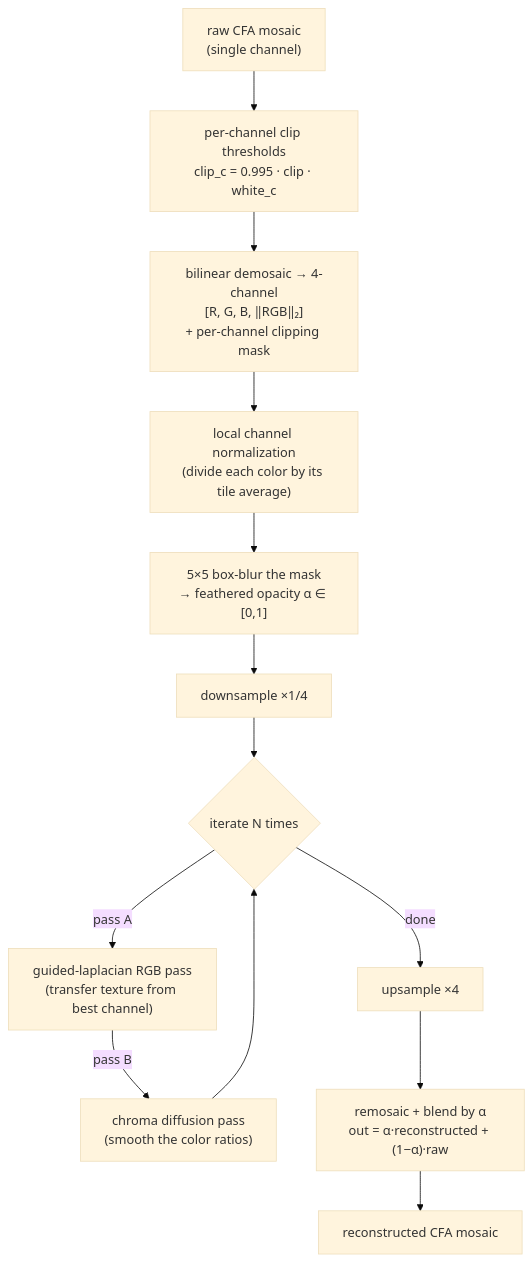
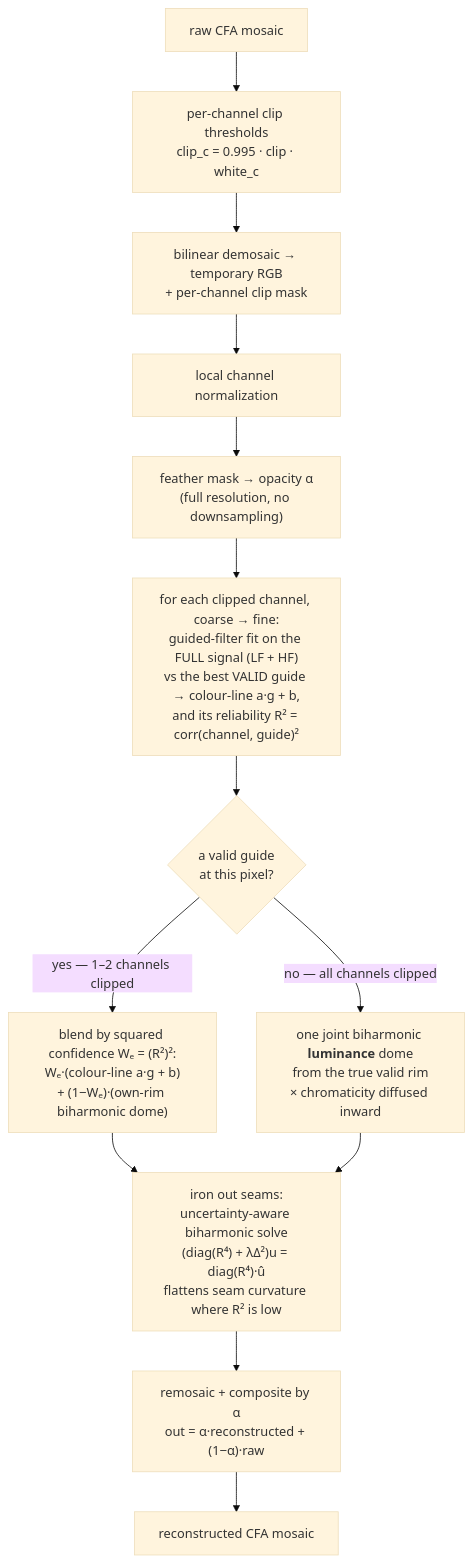
The diagram in content/resources/guided-laplacian-highlights/index.md (aurelienpierreeng/ansel-website), drawn with Mermaid (base theme) before and after one commit. The commit also changed other lines of this file and 8 other files, not shown here.

Commit message:
Publish  first version of guided laplacian article

````diff
--- a/content/resources/guided-laplacian-highlights/index.md
+++ b/content/resources/guided-laplacian-highlights/index.md
@@ -243,15 +284,15 @@
 ```mermaid
 flowchart TD
-  A["raw CFA mosaic<br/>(single channel)"] --> B["per-channel clip thresholds<br/>clip_c = 0.995 · clip · white_c"]
-  B --> C["bilinear demosaic → 4-channel<br/>[R, G, B, ‖RGB‖₂]<br/>+ per-channel clipping mask"]
-  C --> D["local channel normalization<br/>(divide each color by its tile average)"]
-  D --> E["5×5 box-blur the mask<br/>→ feathered opacity α ∈ [0,1]"]
-  E --> F["downsample ×1/4"]
-  F --> G{"iterate N times"}
-  G -->|"pass A"| H["guided-laplacian RGB pass<br/>(transfer texture from best channel)"]
-  H -->|"pass B"| I["chroma diffusion pass<br/>(smooth the color ratios)"]
-  I --> G
-  G -->|"done"| J["upsample ×4"]
-  J --> K["remosaic + blend by α<br/>out = α·reconstructed + (1−α)·raw"]
-  K --> L["reconstructed CFA mosaic"]
+  A["raw CFA mosaic"] --> B["per-channel clip thresholds<br/>clip_c = 0.995 · clip · white_c"]
+  B --> C["bilinear demosaic → temporary RGB<br/>+ per-channel clip mask"]
+  C --> D["local channel normalization"]
+  D --> E["feather mask → opacity α<br/>(full resolution, no downsampling)"]
+  E --> F["for each clipped channel, coarse → fine:<br/>guided-filter fit on the FULL signal (LF + HF)<br/>vs the best VALID guide → colour-line a·g + b,<br/>and its reliability R² = corr(channel, guide)²"]
+  F --> G{"a valid guide<br/>at this pixel?"}
+  G -->|"yes — 1–2 channels clipped"| H["blend by squared confidence Wₑ = (R²)²:<br/>Wₑ·(colour-line a·g + b)<br/>+ (1−Wₑ)·(own-rim biharmonic dome)"]
+  G -->|"no — all channels clipped"| I["one joint biharmonic <b>luminance</b> dome<br/>from the true valid rim<br/>× chromaticity diffused inward"]
+  H --> P["iron out seams:<br/>uncertainty-aware biharmonic solve<br/>(diag(R⁴) + λΔ²)u = diag(R⁴)·û<br/>flattens seam curvature where R² is low"]
+  I --> P
+  P --> J["remosaic + composite by α<br/>out = α·reconstructed + (1−α)·raw"]
+  J --> K["reconstructed CFA mosaic"]
 ```
````
